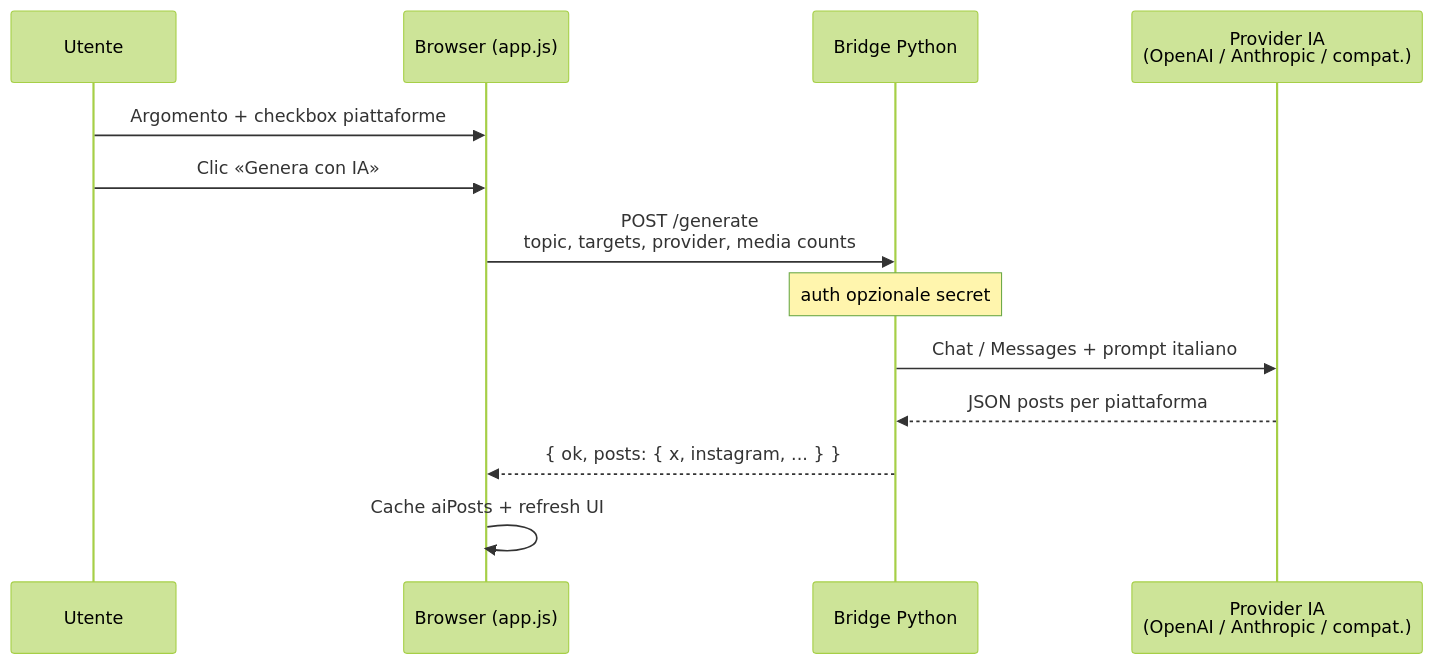
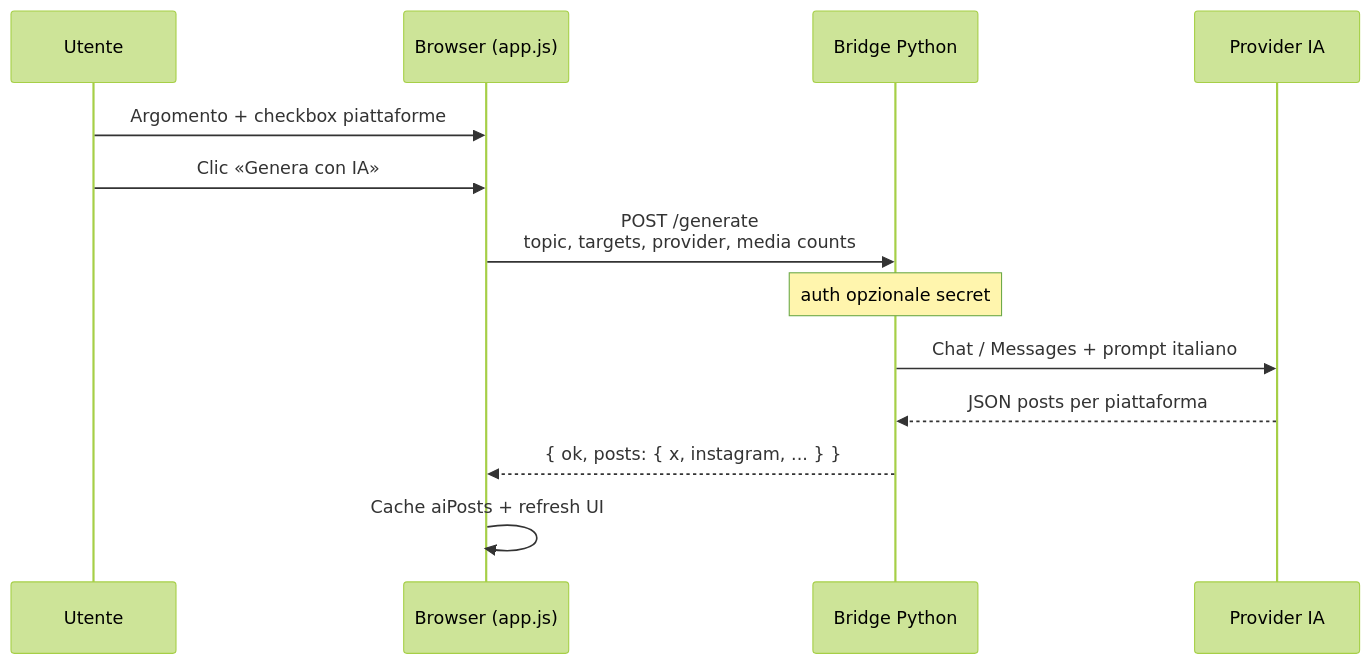
The first of 3 diagrams in docs/DIAGRAMS.md (gsimonini70/plotino-ai), drawn with Mermaid (forest theme) before and after one commit. The commit also changed other lines of this file, not shown here.

Commit message:
docs: simplify Mermaid participant labels for GitHub renderer

````diff
--- a/docs/DIAGRAMS.md
+++ b/docs/DIAGRAMS.md
@@ -9,16 +9,16 @@
 ```mermaid
 sequenceDiagram
     participant U as Utente
     participant B as Browser (app.js)
     participant S as Bridge Python
-    participant L as Provider IA<br/>(OpenAI / Anthropic / compat.)
+    participant L as Provider IA
 
     U->>B: Argomento + checkbox piattaforme
     U->>B: Clic «Genera con IA»
     B->>S: POST /generate<br/>topic, targets, provider, media counts
     Note over S: auth opzionale secret
     S->>L: Chat / Messages + prompt italiano
     L-->>S: JSON posts per piattaforma
     S-->>B: { ok, posts: { x, instagram, ... } }
     B->>B: Cache aiPosts + refresh UI
 ```
````
